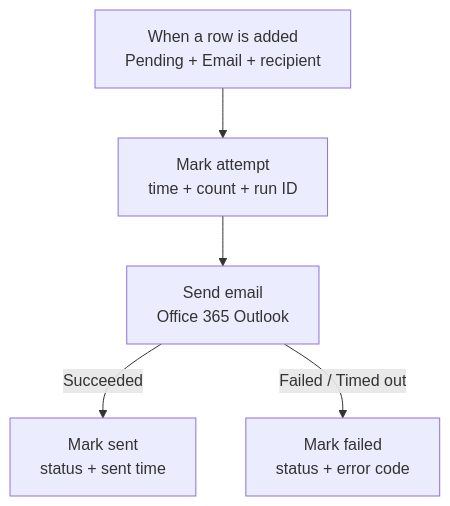
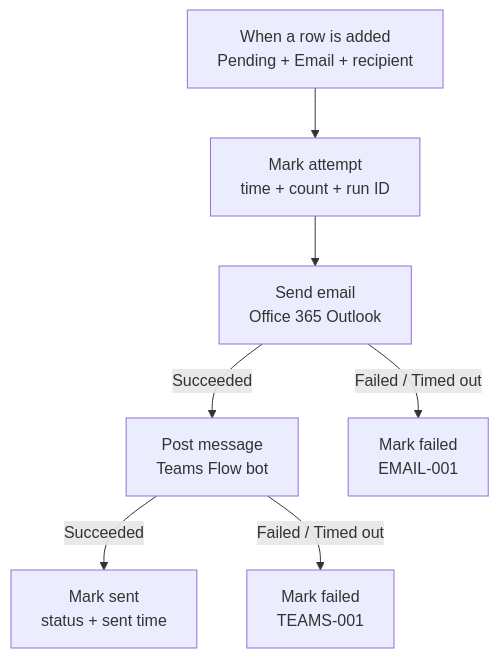
Before and after one commit to vuongicesmile/metasys-poc: the third of 3 diagrams in docs/runbooks/user-email-notifications.vi.md, drawn with Mermaid. The commit also changed other lines of this file and 41 other files, not shown here.

````diff
--- a/docs/runbooks/user-email-notifications.vi.md
+++ b/docs/runbooks/user-email-notifications.vi.md
@@ -75,7 +83,9 @@
 ```mermaid
 flowchart TD
     Trigger["When a row is added<br/>Pending + Email + recipient"] --> Attempt["Mark attempt<br/>time + count + run ID"]
     Attempt --> Send["Send email<br/>Office 365 Outlook"]
-    Send -->|"Succeeded"| Sent["Mark sent<br/>status + sent time"]
-    Send -->|"Failed / Timed out"| Failed["Mark failed<br/>status + error code"]
+    Send -->|"Succeeded"| Teams["Post message<br/>Teams Flow bot"]
+    Teams -->|"Succeeded"| Sent["Mark sent<br/>status + sent time"]
+    Send -->|"Failed / Timed out"| EmailFailed["Mark failed<br/>EMAIL-001"]
+    Teams -->|"Failed / Timed out"| TeamsFailed["Mark failed<br/>TEAMS-001"]
 ```
````
